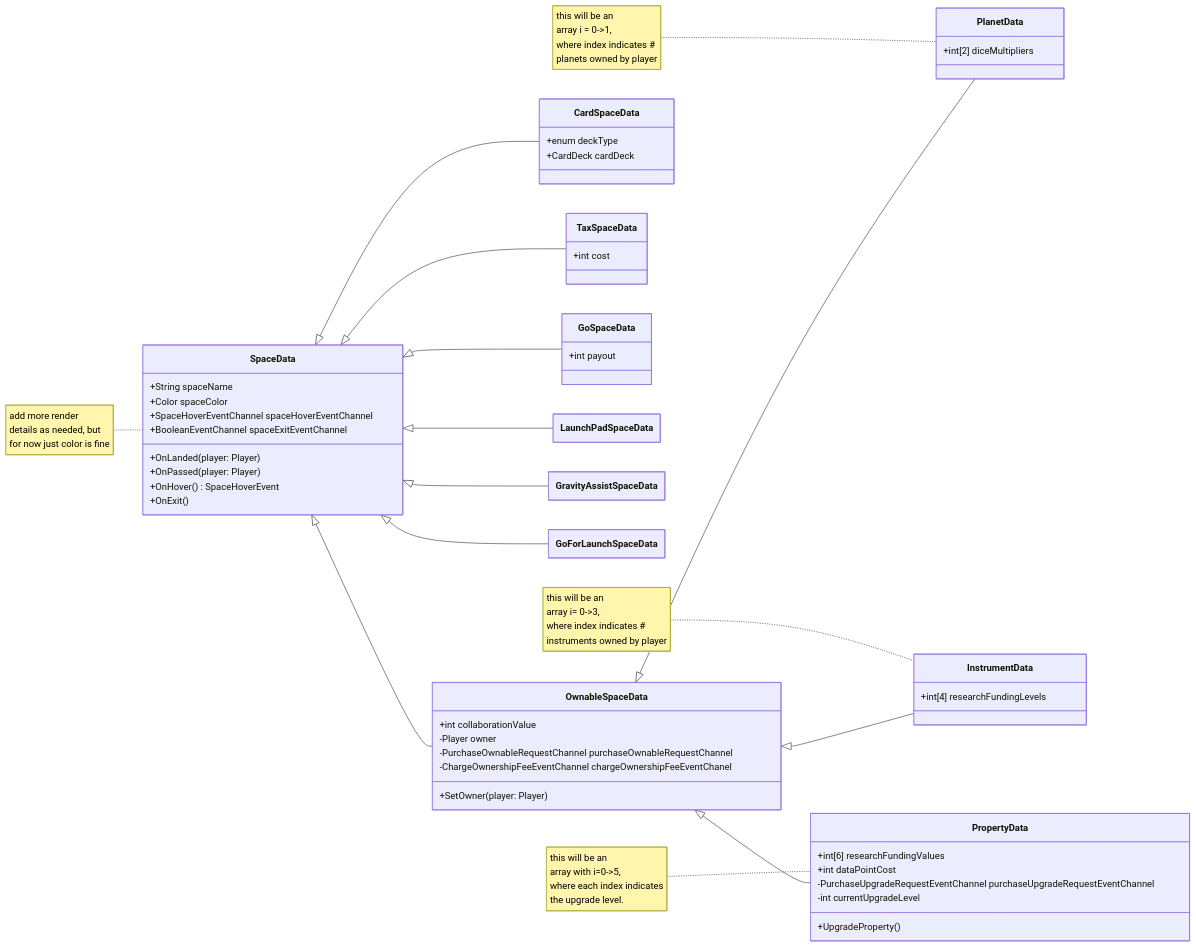
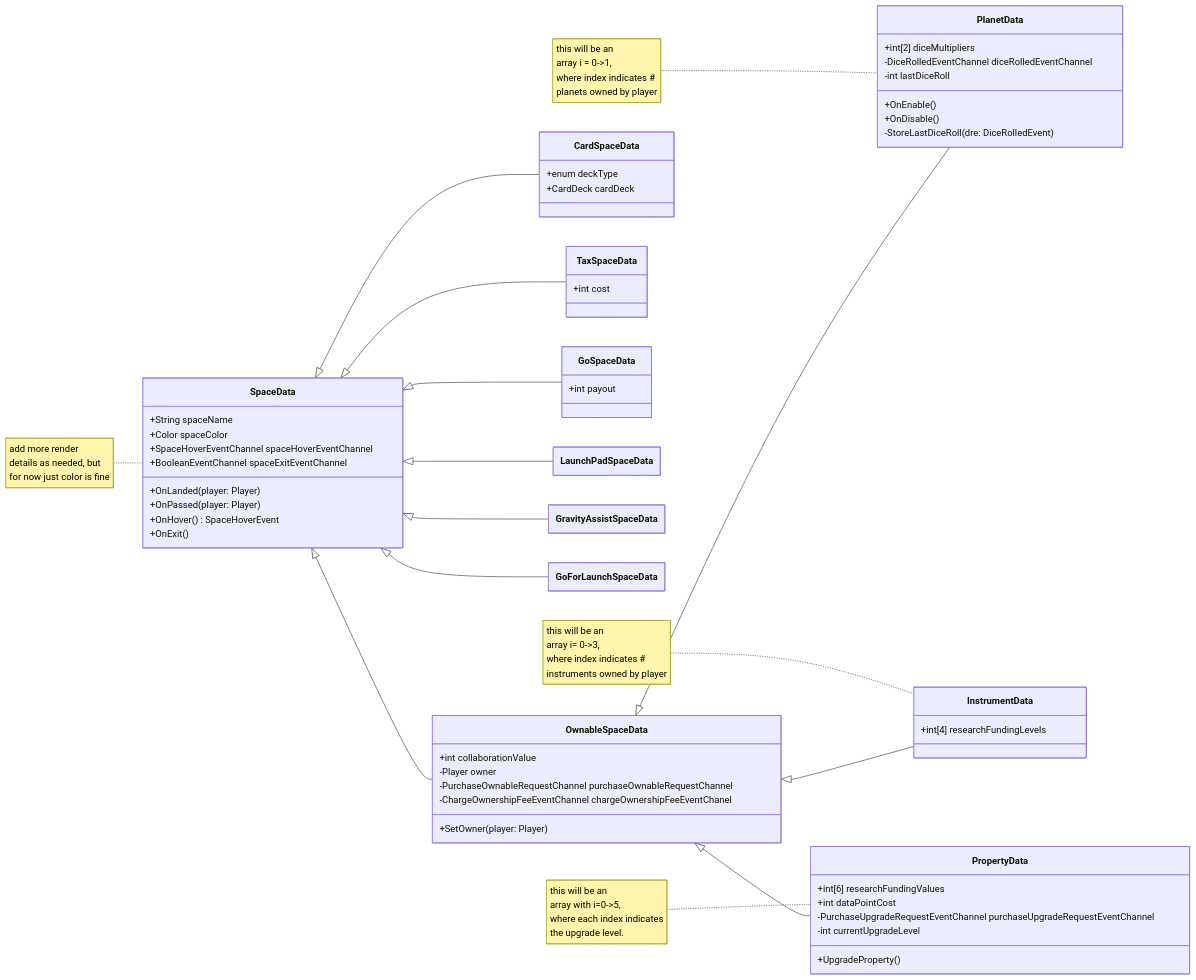
One commit to missiontopsyche-platinum/platinum_24a_game_psycheopoly-se changed the diagram in Assets/Scripts/Data/SpaceData/SpaceData-Hierarchy.mmd. Above: the diagram before and after it, drawn with Mermaid. The commit also changed 4 other files, not shown here.

```diff
--- a/Assets/Scripts/Data/SpaceData/SpaceData-Hierarchy.mmd
+++ b/Assets/Scripts/Data/SpaceData/SpaceData-Hierarchy.mmd
@@ -1,84 +1,89 @@
 ---
 config:
     class:
         hideEmptyMembersBox: true
 ---
 classDiagram
     direction LR
     
     note for SpaceData  "add more render
                         details as needed, but
                         for now just color is fine"
     class SpaceData{
         +String spaceName
         +Color spaceColor
         +SpaceHoverEventChannel spaceHoverEventChannel
         +BooleanEventChannel spaceExitEventChannel
         +OnLanded(player: Player)
         +OnPassed(player: Player)
         +OnHover() SpaceHoverEvent
         +OnExit()
     }
     class OwnableSpaceData{
         +int collaborationValue
         -Player owner
         -PurchaseOwnableRequestChannel purchaseOwnableRequestChannel
         -ChargeOwnershipFeeEventChannel chargeOwnershipFeeEventChanel
         +SetOwner(player: Player)
     }
     
     note for PropertyData       "this will be an
                                 array with i=0->5,
                                 where each index indicates
                                 the upgrade level."
     class PropertyData{
         +int[6] researchFundingValues
         +int dataPointCost
         -PurchaseUpgradeRequestEventChannel purchaseUpgradeRequestEventChannel
         -int currentUpgradeLevel
         +UpgradeProperty()
     }
     
     note for PlanetData         "this will be an
                                 array i = 0->1,
                                 where index indicates # 
                                 planets owned by player"
     class PlanetData{
         +int[2] diceMultipliers
+        -DiceRolledEventChannel diceRolledEventChannel
+        -int lastDiceRoll
+        +OnEnable()
+        +OnDisable()
+        -StoreLastDiceRoll(dre: DiceRolledEvent)
     }
     
     note for InstrumentData     "this will be an
                                 array i= 0->3,
                                 where index indicates #
                                 instruments owned by player"
     class InstrumentData{
         +int[4] researchFundingLevels
     }
     
     class CardSpaceData{
         +enum deckType
         +CardDeck cardDeck
     }
     
     class TaxSpaceData{
         +int cost
     }
     
     class GoSpaceData{
         +int payout
     }
 
     class LaunchPadSpaceData
     class GravityAssistSpaceData
     class GoForLaunchSpaceData
 
     SpaceData <|-- TaxSpaceData
     SpaceData <|-- GoSpaceData
     SpaceData <|-- GoForLaunchSpaceData
     SpaceData <|-- GravityAssistSpaceData
     SpaceData <|-- LaunchPadSpaceData
     SpaceData <|-- CardSpaceData
     SpaceData <|-- OwnableSpaceData
     OwnableSpaceData <|-- PlanetData
     OwnableSpaceData <|-- InstrumentData
     OwnableSpaceData <|-- PropertyData
```
